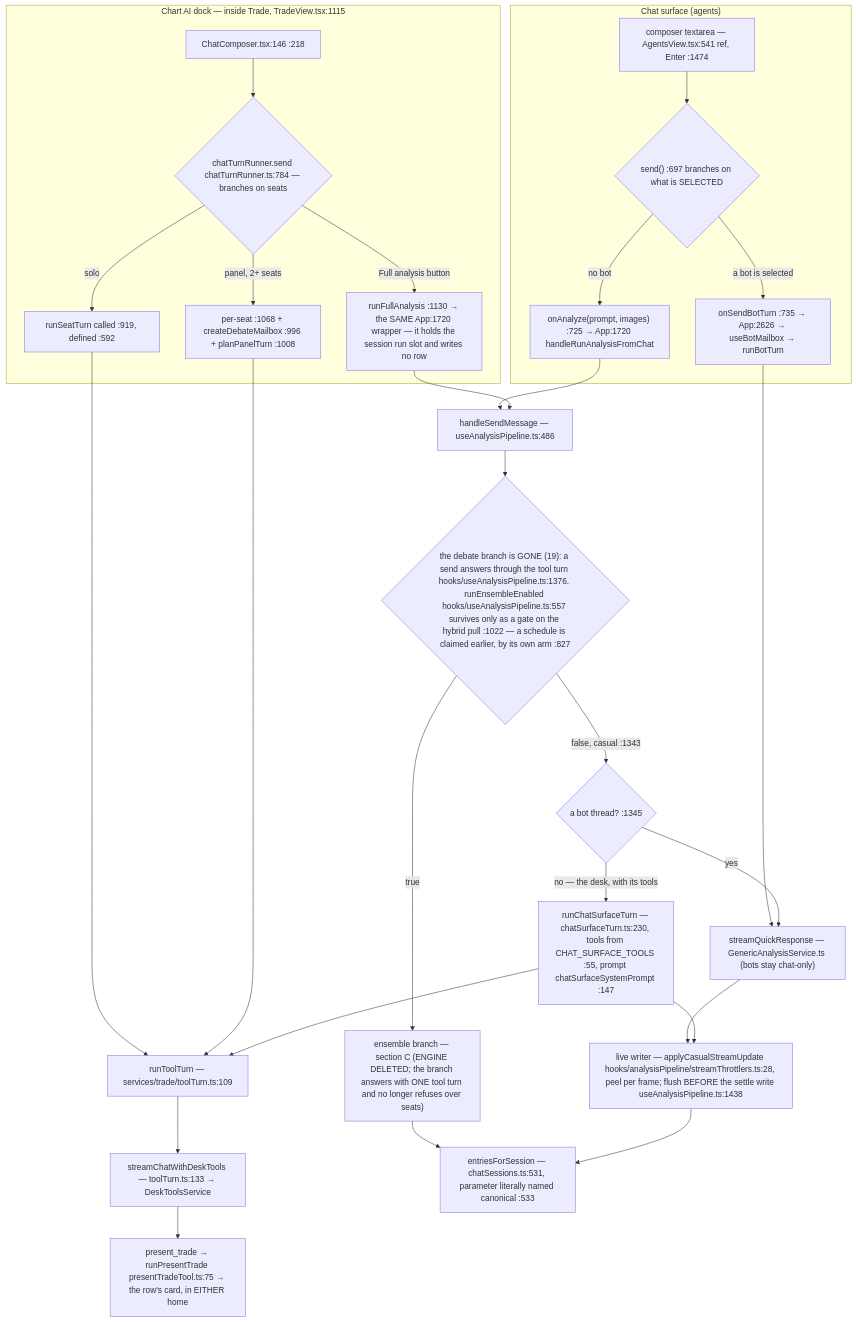
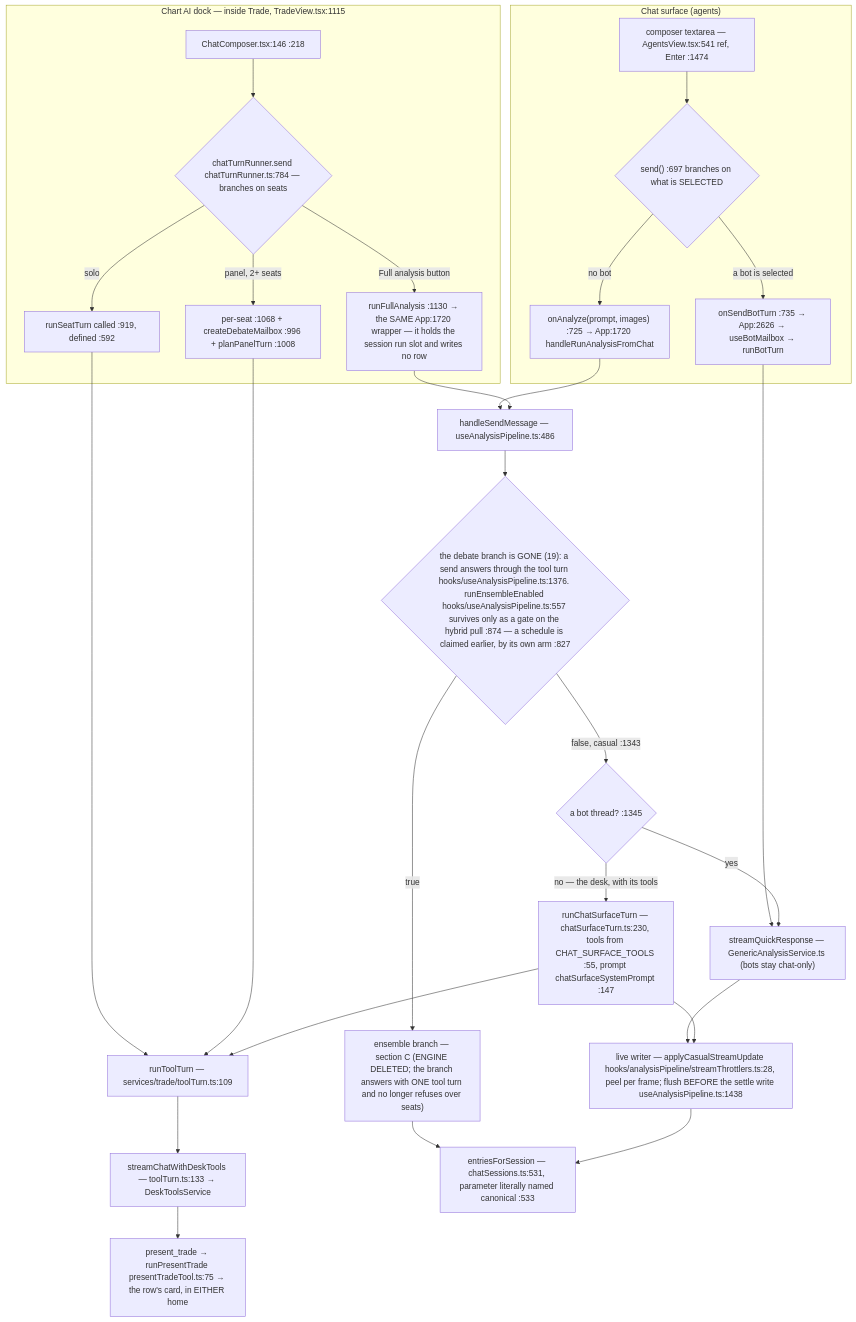
The second of 7 diagrams in docs/app-flow.md (Acepay25/august-3.5), drawn with Mermaid before and after one commit. The commit also changed other lines of this file and 1 other file, not shown here.

Commit message:
docs(app-flow): clear the last stale line numbers in the printable view
Same class, still present after the previous pass: bare `:575`, `:584`,
`:1022` and `:1475` inside the html's notes and its arrow table, plus the two
md prose lines the earlier grep window truncated. Each was re-measured against
the tree before writing: runEnsembleEnabled is hooks/useAnalysisPipeline.ts:557,
the hybrid pull it gates is :874, the tool turn is :1376. Rules were applied
qualified-form-first so a bare substitution could not corrupt an anchor that was
already right.

Both docs now carry zero occurrences of the four stale numbers, and the anchor
gate reports 56 anchors with 0 range/blank problems.

````diff
--- a/docs/app-flow.md
+++ b/docs/app-flow.md
@@ -50,31 +50,31 @@
 ```mermaid
 flowchart TD
     subgraph CHAT["Chat surface (agents)"]
         CB["composer textarea — AgentsView.tsx:541 ref, Enter :1474"] --> D1{"send() :697 branches on what is SELECTED"}
         D1 -->|a bot is selected| BOT["onSendBotTurn :735 → App:2626 → useBotMailbox → runBotTurn"]
         D1 -->|no bot| AN["onAnalyze(prompt, images) :725 → App:1720 handleRunAnalysisFromChat"]
     end
     subgraph DOCK["Chart AI dock — inside Trade, TradeView.tsx:1115"]
         DC["ChatComposer.tsx:146 :218"] --> D2{"chatTurnRunner.send chatTurnRunner.ts:784 — branches on seats"}
         D2 -->|solo| SO["runSeatTurn called :919, defined :592"]
         D2 -->|panel, 2+ seats| PN["per-seat :1068 + createDebateMailbox :996 + planPanelTurn :1008"]
         D2 -->|Full analysis button| FA["runFullAnalysis :1130 → the SAME App:1720 wrapper — it holds the session run slot and writes no row"]
     end
     SO --> TT["runToolTurn — services/trade/toolTurn.ts:109"]
     PN --> TT
     TT --> SCDT["streamChatWithDeskTools — toolTurn.ts:133 → DeskToolsService"]
     BOT --> TR["streamQuickResponse — GenericAnalysisService.ts (bots stay chat-only)"]
     AN --> HSM["handleSendMessage — useAnalysisPipeline.ts:486"]
     FA --> HSM
-    HSM --> D3{"the debate branch is GONE (19): a send answers through the tool turn hooks/useAnalysisPipeline.ts:1376. runEnsembleEnabled hooks/useAnalysisPipeline.ts:557 survives only as a gate on the hybrid pull :1022 — a schedule is claimed earlier, by its own arm :827"}
+    HSM --> D3{"the debate branch is GONE (19): a send answers through the tool turn hooks/useAnalysisPipeline.ts:1376. runEnsembleEnabled hooks/useAnalysisPipeline.ts:557 survives only as a gate on the hybrid pull :874 — a schedule is claimed earlier, by its own arm :827"}
     D3 -->|true| ENS["ensemble branch — section C (ENGINE DELETED; the branch answers with ONE tool turn and no longer refuses over seats)"]
     D3 -->|false, casual :1343| SPLIT{"a bot thread? :1345"}
     SPLIT -->|yes| TR
     SPLIT -->|no — the desk, with its tools| CST["runChatSurfaceTurn — chatSurfaceTurn.ts:230, tools from CHAT_SURFACE_TOOLS :55, prompt chatSurfaceSystemPrompt :147"]
     CST --> TT
     TR --> LW["live writer — applyCasualStreamUpdate hooks/analysisPipeline/streamThrottlers.ts:28, peel per frame; flush BEFORE the settle write useAnalysisPipeline.ts:1438"]
     CST --> LW
     ENS --> MERGE
     LW --> MERGE["entriesForSession — chatSessions.ts:531, parameter literally named canonical :533"]
     SCDT --> PT["present_trade → runPresentTrade presentTradeTool.ts:75 → the row's card, in EITHER home"]
 ```
````
